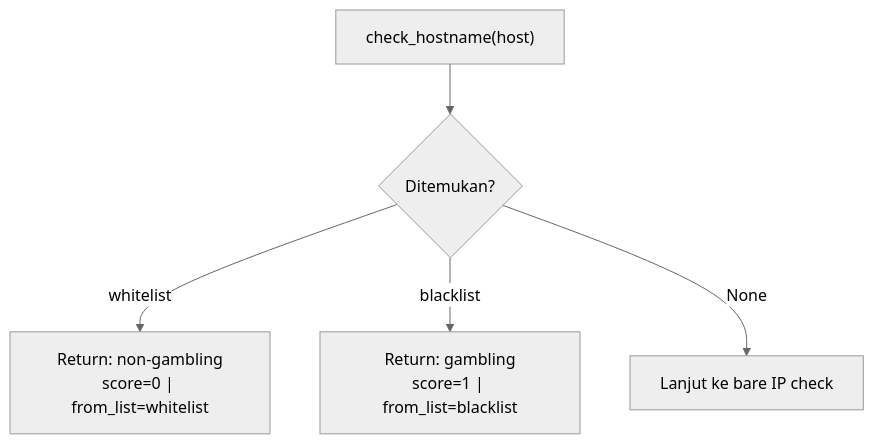
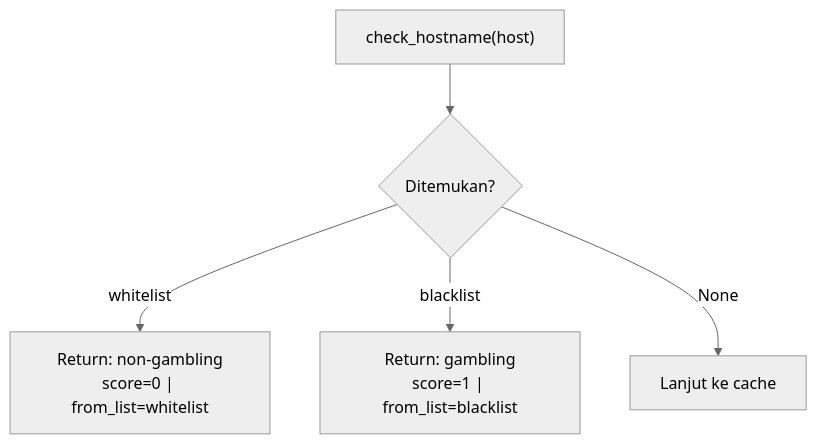
The fifth of 15 diagrams in docs/architecture.md (rizkyfauziilmi/gambling-blocker), drawn with Mermaid (neutral theme) before and after one commit. The commit also changed other lines of this file and 10 other files, not shown here.

````diff
--- a/docs/architecture.md
+++ b/docs/architecture.md
@@ -149,7 +149,7 @@
 ```mermaid
 flowchart TD
     A["check_hostname(host)"] --> B{"Ditemukan?"}
     B -->|"whitelist"| C["Return: non-gambling<br/>score=0 | from_list=whitelist"]
     B -->|"blacklist"| D["Return: gambling<br/>score=1 | from_list=blacklist"]
-    B -->|"None"| E["Lanjut ke bare IP check"]
+    B -->|"None"| E["Lanjut ke cache"]
 ```
````
